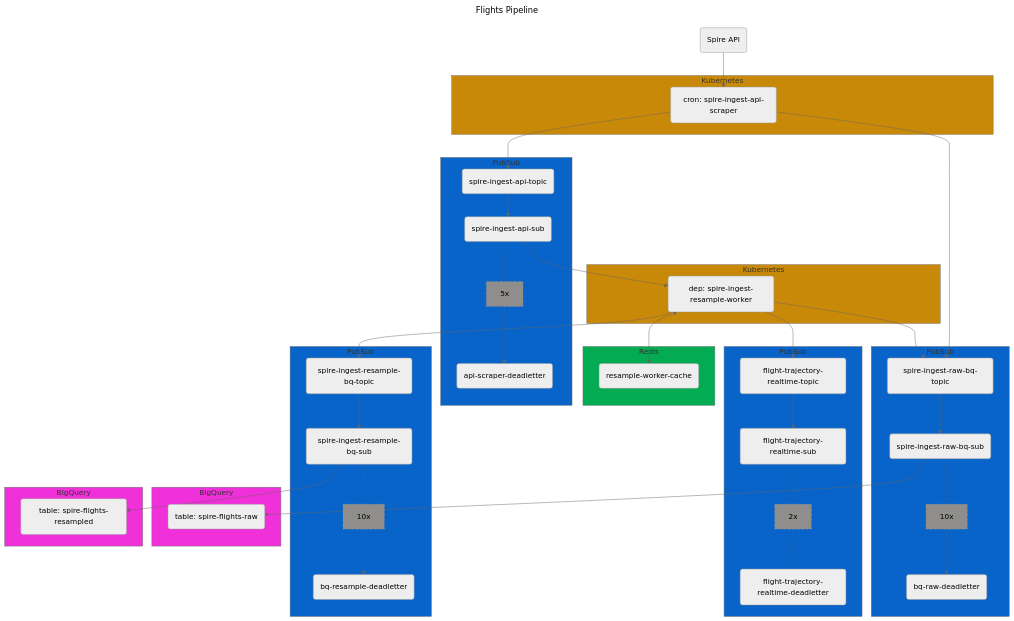
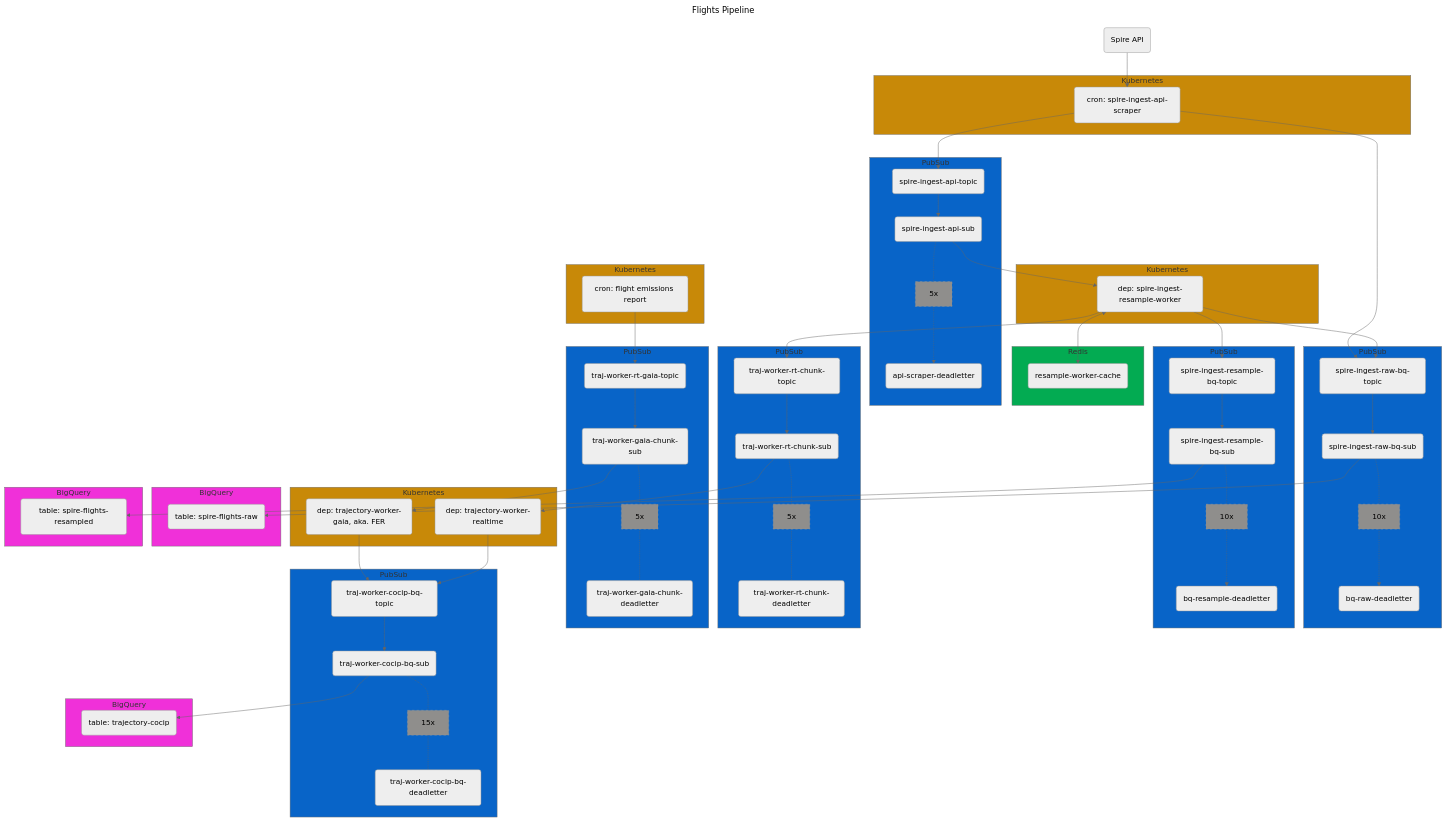
Before and after one commit to contrailcirrus/flights-pipeline: the diagram in README.md, drawn with Mermaid (neutral theme).

Commit message:
update root readme

````diff
--- a/README.md
+++ b/README.md
@@ -21,6 +21,15 @@
         spire_ingest_resample_worker(dep: spire-ingest-resample-worker)
     end
     style k8s_2 fill:#C88908
+    subgraph k8s_3[Kubernetes]
+        trajectory_worker_rt(dep: trajectory-worker-realtime)
+        trajectory_worker_gaia(dep: trajectory-worker-gaia, aka. FER)
+    end
+    style k8s_3 fill:#C88908
+    subgraph k8s_4[Kubernetes]
+        fer_cron(cron: flight emissions report)
+    end
+    style k8s_4 fill:#C88908
     subgraph redis1[Redis]
         resample_worker_cache(resample-worker-cache)
     end
@@ -46,17 +55,27 @@
         spire_ingest_resample_bq_sub_deadletter(bq-resample-deadletter)
     end
     style pub_sub3 fill:#0864C8
-    subgraph pub_sub4[PubSub]
-        spire_ingest_resample_bq_topic(spire-ingest-resample-bq-topic)
-        spire_ingest_resample_bq_sub(spire-ingest-resample-bq-sub)
-        bq_resample_10xop[10x]:::operationStyle
-        spire_ingest_resample_bq_sub_deadletter(bq-resample-deadletter)
-        flight_trajectory_rt_topic(flight-trajectory-realtime-topic)
-        flight_trajectory_rt_sub(flight-trajectory-realtime-sub)
-        flight_trajectory_rt_2xop[2x]:::operationStyle
-        flight_trajectory_rt_sub_deadletter(flight-trajectory-realtime-deadletter)
+    subgraph pub_sub5[PubSub]
+        traj_worker_rt_chunk_topic(traj-worker-rt-chunk-topic)
+        traj_worker_rt_chunk_sub(traj-worker-rt-chunk-sub)
+        traj_worker_rt_chunk_5xop[5x]:::operationStyle
+        traj_worker_rt_chunk_deadletter(traj-worker-rt-chunk-deadletter)
     end
-    style pub_sub4 fill:#0864C8
+    style pub_sub5 fill:#0864C8
+    subgraph pub_sub6[PubSub]
+        traj_worker_gaia_chunk_topic(traj-worker-rt-gaia-topic)
+        traj_worker_gaia_chunk_sub(traj-worker-gaia-chunk-sub)
+        traj_worker_gaia_chunk_5xop[5x]:::operationStyle
+        traj_worker_gaia_chunk_deadletter(traj-worker-gaia-chunk-deadletter)
+    end
+    style pub_sub6 fill:#0864C8
+    subgraph pub_sub7[PubSub]
+        traj_worker_cocip_bq_topic(traj-worker-cocip-bq-topic)
+        traj_worker_cocip_bq_sub(traj-worker-cocip-bq-sub)
+        traj_worker_cocip_bq_15xop[15x]:::operationStyle
+        traj_worker_cocip_bq_deadletter(traj-worker-cocip-bq-deadletter)
+    end
+    style pub_sub7 fill:#0864C8
     subgraph bigquery1[BigQuery]
         spire_flights_raw_tb(table: spire-flights-raw)
     end
@@ -65,6 +84,10 @@
         spire_flights_resampled_tb(table: spire-flights-resampled)
     end
     style bigquery2 fill:#f030d9
+    subgraph bigquery3[BigQuery]
+        trajectory_cocip_tb(table: trajectory-cocip)
+    end
+    style bigquery3 fill:#f030d9
     %% flow/associations
     spire_api --> spire_ingest_api_scraper
     spire_ingest_api_scraper --> spire_ingest_api_topic
@@ -74,10 +97,9 @@
     spire_ingest_api_sub --> spire_ingest_resample_worker
     spire_ingest_resample_worker --> spire_ingest_raw_bq_topic
     spire_ingest_resample_worker --> spire_ingest_resample_bq_topic
-    spire_ingest_resample_worker --> flight_trajectory_rt_topic
+    spire_ingest_resample_worker --> traj_worker_rt_chunk_topic
     spire_ingest_raw_bq_topic --> spire_ingest_raw_bq_sub
     spire_ingest_resample_bq_topic --> spire_ingest_resample_bq_sub
-    flight_trajectory_rt_topic --> flight_trajectory_rt_sub
     
     spire_ingest_resample_worker <--> resample_worker_cache
     
@@ -94,6 +116,26 @@
     spire_ingest_resample_bq_sub -.- bq_resample_10xop
     bq_resample_10xop -.-> spire_ingest_resample_bq_sub_deadletter
     
-    flight_trajectory_rt_sub -.- flight_trajectory_rt_2xop
-    flight_trajectory_rt_2xop -.- flight_trajectory_rt_sub_deadletter
+    traj_worker_rt_chunk_topic --> traj_worker_rt_chunk_sub
+    traj_worker_rt_chunk_sub -.- traj_worker_rt_chunk_5xop
+    traj_worker_rt_chunk_5xop -.- traj_worker_rt_chunk_deadletter
+    
+    traj_worker_rt_chunk_sub --> trajectory_worker_rt
+    
+    traj_worker_gaia_chunk_topic --> traj_worker_gaia_chunk_sub
+    traj_worker_gaia_chunk_sub -.- traj_worker_gaia_chunk_5xop
+    traj_worker_gaia_chunk_5xop -.- traj_worker_gaia_chunk_deadletter
+    
+    fer_cron --> traj_worker_gaia_chunk_topic
+    
+    traj_worker_gaia_chunk_sub --> trajectory_worker_gaia
+    
+    trajectory_worker_gaia --> traj_worker_cocip_bq_topic
+    trajectory_worker_rt --> traj_worker_cocip_bq_topic
+    
+    traj_worker_cocip_bq_topic --> traj_worker_cocip_bq_sub
+    traj_worker_cocip_bq_sub -.- traj_worker_cocip_bq_15xop
+    traj_worker_cocip_bq_15xop -.- traj_worker_cocip_bq_deadletter
+    
+    traj_worker_cocip_bq_sub --> trajectory_cocip_tb
 ```
````
